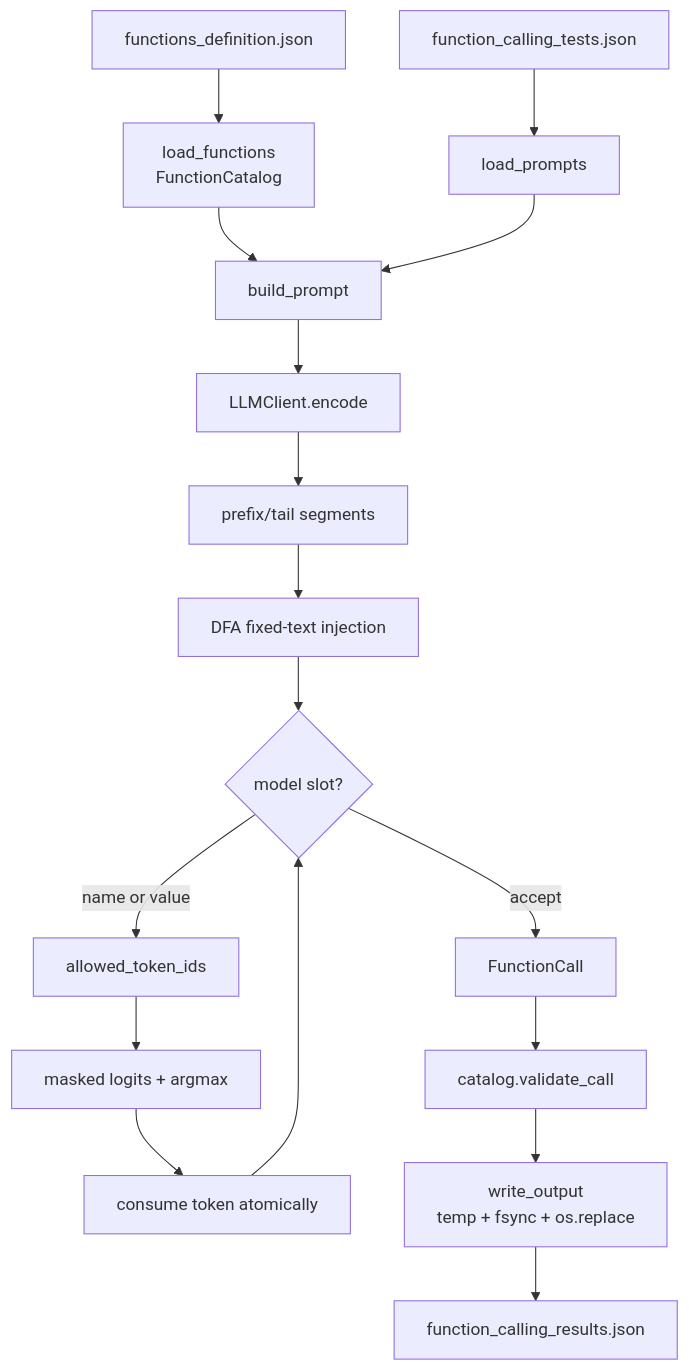
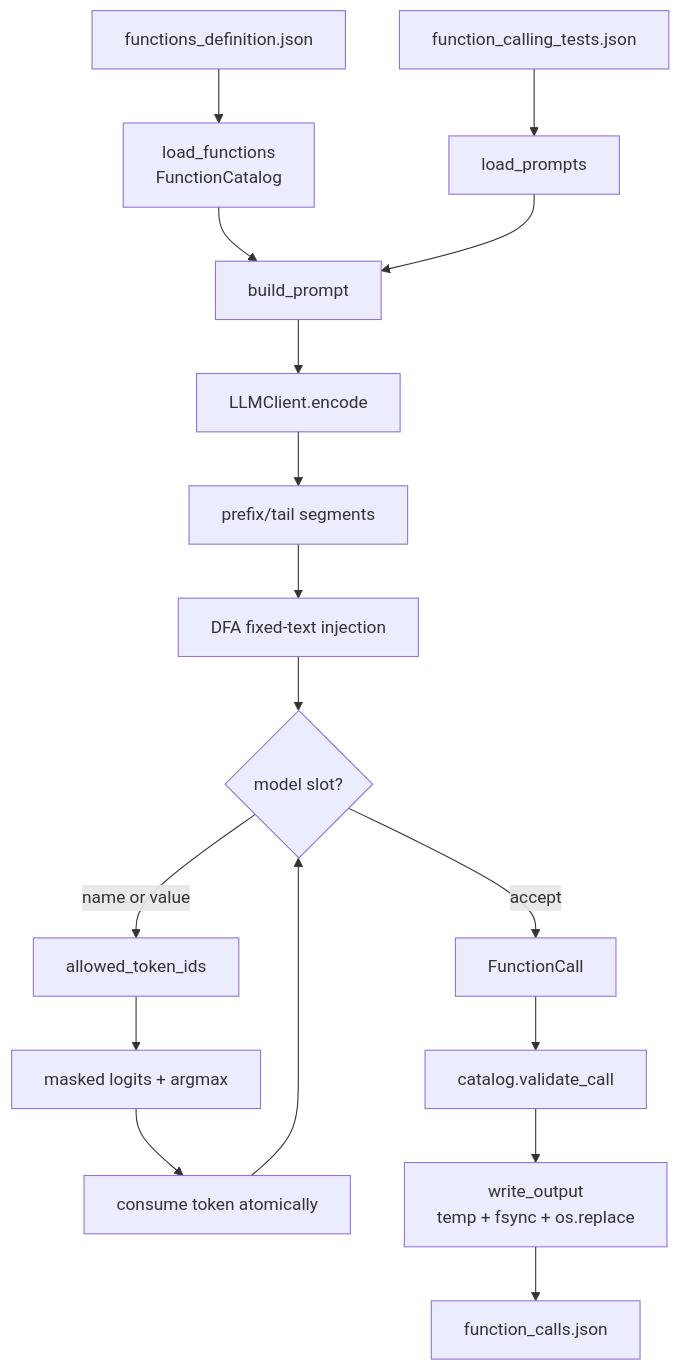
One commit to DiOliver-cmd/Call-Me-Maybe_2026_42SP changed the diagram in docs/ARCHITECTURE.md. Above: the diagram before and after it, drawn with Mermaid. The commit also changed other lines of this file and 21 other files, not shown here.

````diff
--- a/docs/ARCHITECTURE.md
+++ b/docs/ARCHITECTURE.md
@@ -64,19 +66,19 @@
 ```mermaid
 flowchart TD
     A[functions_definition.json] --> B[load_functions<br/>FunctionCatalog]
     C[function_calling_tests.json] --> D[load_prompts]
     B --> E[build_prompt]
     D --> E
     E --> F[LLMClient.encode]
     F --> G[prefix/tail segments]
     G --> H[DFA fixed-text injection]
     H --> I{model slot?}
     I -->|name or value| J[allowed_token_ids]
     J --> K[masked logits + argmax]
     K --> L[consume token atomically]
     L --> I
     I -->|accept| M[FunctionCall]
     M --> N[catalog.validate_call]
     N --> O[write_output<br/>temp + fsync + os.replace]
-    O --> P[function_calling_results.json]
+    O --> P[function_calls.json]
 ```
````
